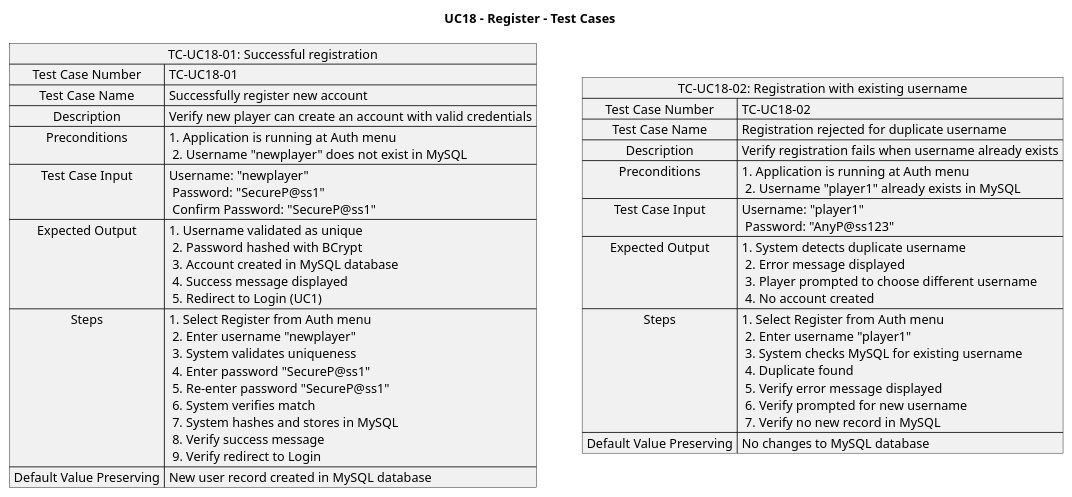
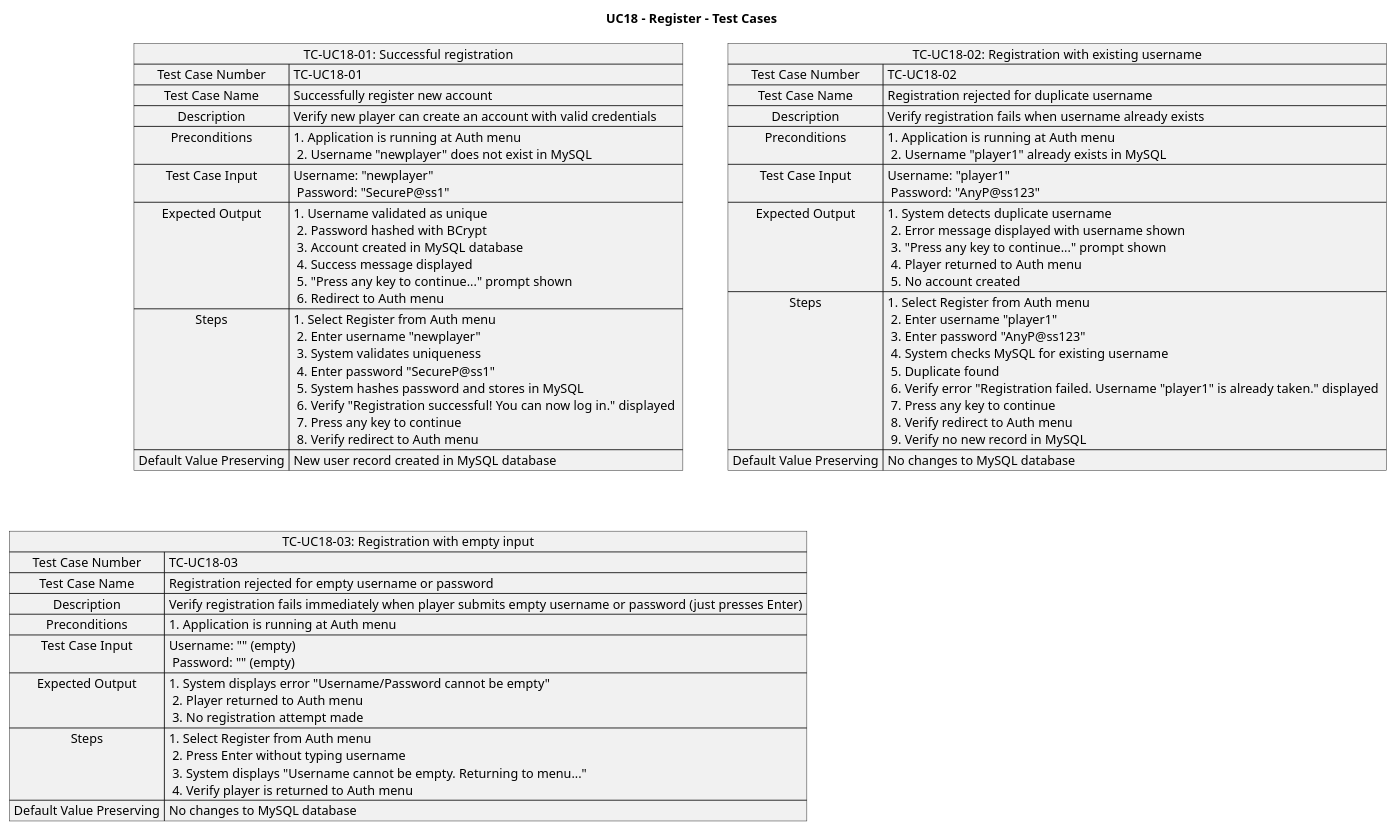
The diagram in TurnBasedPokemon/Diagram/UnifiedUseCases/TestCases/UC18_Register_TestCases.puml (devKasumi/PokemonConsole), drawn with PlantUML before and after one commit. The commit also changed 14 other files, not shown here.

Commit message:
update diagrams

```diff
--- a/TurnBasedPokemon/Diagram/UnifiedUseCases/TestCases/UC18_Register_TestCases.puml
+++ b/TurnBasedPokemon/Diagram/UnifiedUseCases/TestCases/UC18_Register_TestCases.puml
@@ -1,26 +1,37 @@
 @startuml
 title UC18 - Register - Test Cases
 
 map "TC-UC18-01: Successful registration" as TC1 {
   Test Case Number => TC-UC18-01
   Test Case Name => Successfully register new account
   Description => Verify new player can create an account with valid credentials
   Preconditions => 1. Application is running at Auth menu \n 2. Username "newplayer" does not exist in MySQL
-  Test Case Input => Username: "newplayer" \n Password: "SecureP@ss1" \n Confirm Password: "SecureP@ss1"
-  Expected Output => 1. Username validated as unique \n 2. Password hashed with BCrypt \n 3. Account created in MySQL database \n 4. Success message displayed \n 5. Redirect to Login (UC1)
-  Steps => 1. Select Register from Auth menu \n 2. Enter username "newplayer" \n 3. System validates uniqueness \n 4. Enter password "SecureP@ss1" \n 5. Re-enter password "SecureP@ss1" \n 6. System verifies match \n 7. System hashes and stores in MySQL \n 8. Verify success message \n 9. Verify redirect to Login
+  Test Case Input => Username: "newplayer" \n Password: "SecureP@ss1"
+  Expected Output => 1. Username validated as unique \n 2. Password hashed with BCrypt \n 3. Account created in MySQL database \n 4. Success message displayed \n 5. "Press any key to continue..." prompt shown \n 6. Redirect to Auth menu
+  Steps => 1. Select Register from Auth menu \n 2. Enter username "newplayer" \n 3. System validates uniqueness \n 4. Enter password "SecureP@ss1" \n 5. System hashes password and stores in MySQL \n 6. Verify "Registration successful! You can now log in." displayed \n 7. Press any key to continue \n 8. Verify redirect to Auth menu
   Default Value Preserving => New user record created in MySQL database
 }
 
 map "TC-UC18-02: Registration with existing username" as TC2 {
   Test Case Number => TC-UC18-02
   Test Case Name => Registration rejected for duplicate username
   Description => Verify registration fails when username already exists
   Preconditions => 1. Application is running at Auth menu \n 2. Username "player1" already exists in MySQL
   Test Case Input => Username: "player1" \n Password: "AnyP@ss123"
-  Expected Output => 1. System detects duplicate username \n 2. Error message displayed \n 3. Player prompted to choose different username \n 4. No account created
-  Steps => 1. Select Register from Auth menu \n 2. Enter username "player1" \n 3. System checks MySQL for existing username \n 4. Duplicate found \n 5. Verify error message displayed \n 6. Verify prompted for new username \n 7. Verify no new record in MySQL
+  Expected Output => 1. System detects duplicate username \n 2. Error message displayed with username shown \n 3. "Press any key to continue..." prompt shown \n 4. Player returned to Auth menu \n 5. No account created
+  Steps => 1. Select Register from Auth menu \n 2. Enter username "player1" \n 3. Enter password "AnyP@ss123" \n 4. System checks MySQL for existing username \n 5. Duplicate found \n 6. Verify error "Registration failed. Username "player1" is already taken." displayed \n 7. Press any key to continue \n 8. Verify redirect to Auth menu \n 9. Verify no new record in MySQL
+  Default Value Preserving => No changes to MySQL database
+}
+
+map "TC-UC18-03: Registration with empty input" as TC3 {
+  Test Case Number => TC-UC18-03
+  Test Case Name => Registration rejected for empty username or password
+  Description => Verify registration fails immediately when player submits empty username or password (just presses Enter)
+  Preconditions => 1. Application is running at Auth menu
+  Test Case Input => Username: "" (empty) \n Password: "" (empty)
+  Expected Output => 1. System displays error "Username/Password cannot be empty" \n 2. Player returned to Auth menu \n 3. No registration attempt made
+  Steps => 1. Select Register from Auth menu \n 2. Press Enter without typing username \n 3. System displays "Username cannot be empty. Returning to menu..." \n 4. Verify player is returned to Auth menu
   Default Value Preserving => No changes to MySQL database
 }
 
 @enduml
```
